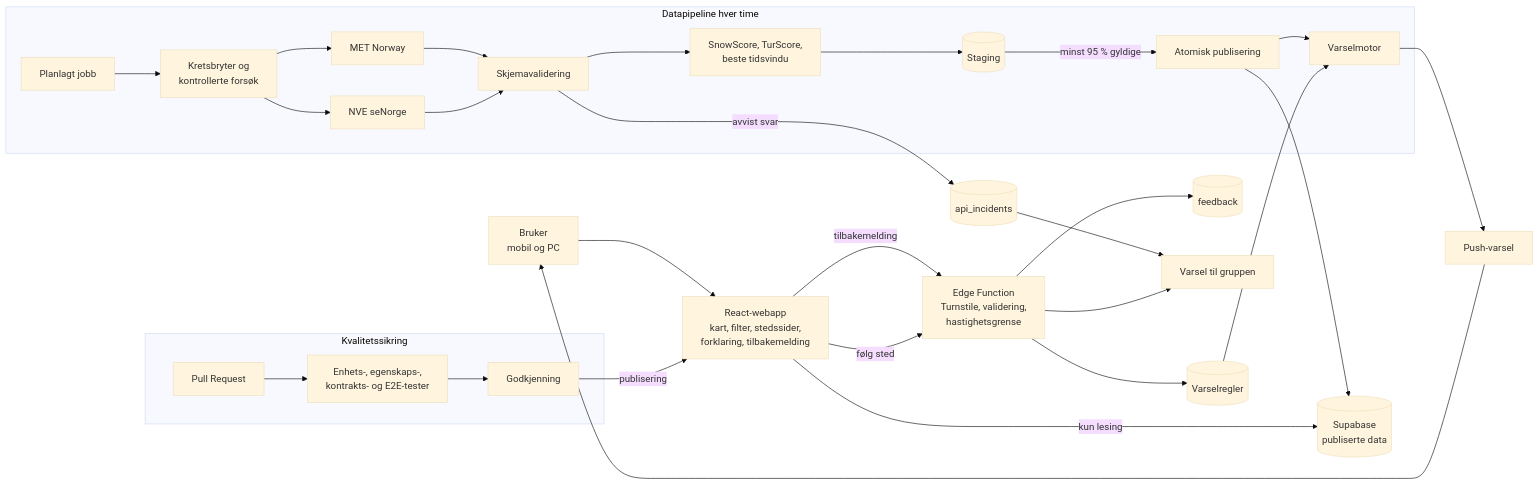
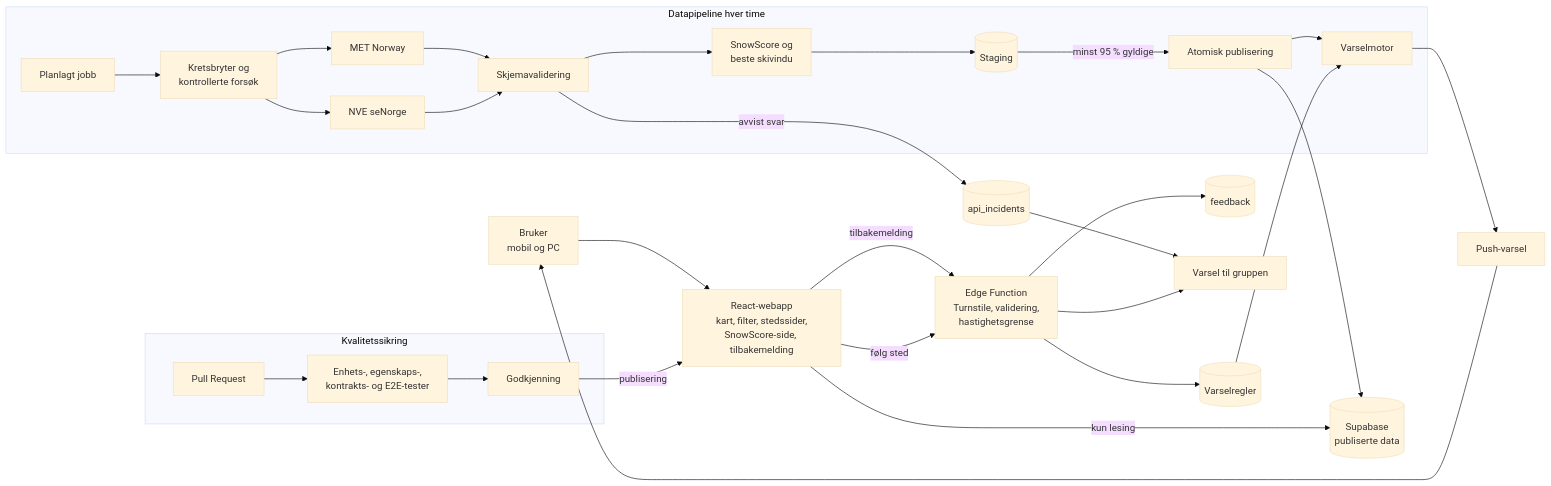
Before and after one commit to IBE160-2026/G18-bikila-dymbe-gela-james: the diagram in _bmad-output/planning-artifacts/product-brief.md, drawn with Mermaid (base theme). The commit also changed other lines of this file, not shown here.

Commit message:
Fjern TurScore og legg til egen side for SnowScore-beregning

````diff
--- a/_bmad-output/planning-artifacts/product-brief.md
+++ b/_bmad-output/planning-artifacts/product-brief.md
@@ -167,36 +159,36 @@
 ```mermaid
 flowchart LR
-    U["Bruker<br/>mobil og PC"] --> FE["React-webapp<br/>kart, filter, stedssider,<br/>forklaring, tilbakemelding"]
+    U["Bruker<br/>mobil og PC"] --> FE["React-webapp<br/>kart, filter, stedssider,<br/>SnowScore-side, tilbakemelding"]
     FE -- "kun lesing" --> DB[("Supabase<br/>publiserte data")]
     FE -- "tilbakemelding" --> EF["Edge Function<br/>Turnstile, validering,<br/>hastighetsgrense"]
     EF --> FB[("feedback")]
     FE -- "følg sted" --> EF
 
     subgraph PIPE["Datapipeline hver time"]
         J["Planlagt jobb"] --> CB["Kretsbryter og<br/>kontrollerte forsøk"]
         CB --> MET["MET Norway"]
         CB --> NVE["NVE seNorge"]
         MET --> V["Skjemavalidering"]
         NVE --> V
-        V --> S["SnowScore, TurScore,<br/>beste tidsvindu"]
+        V --> S["SnowScore og<br/>beste skivindu"]
         S --> ST[("Staging")]
         ST -- "minst 95 % gyldige" --> PUB["Atomisk publisering"]
         PUB --> AL["Varselmotor"]
     end
 
     PUB --> DB
     EF --> AR[("Varselregler")]
     AR --> AL
     AL --> PUSH["Push-varsel"]
     PUSH --> U
     V -- "avvist svar" --> LOG[("api_incidents")]
     LOG --> TEAM["Varsel til gruppen"]
     EF --> TEAM
 
     subgraph QA["Kvalitetssikring"]
         PR["Pull Request"] --> T["Enhets-, egenskaps-,<br/>kontrakts- og E2E-tester"]
         T --> G["Godkjenning"]
     end
 
     G -- "publisering" --> FE
 ```
````
